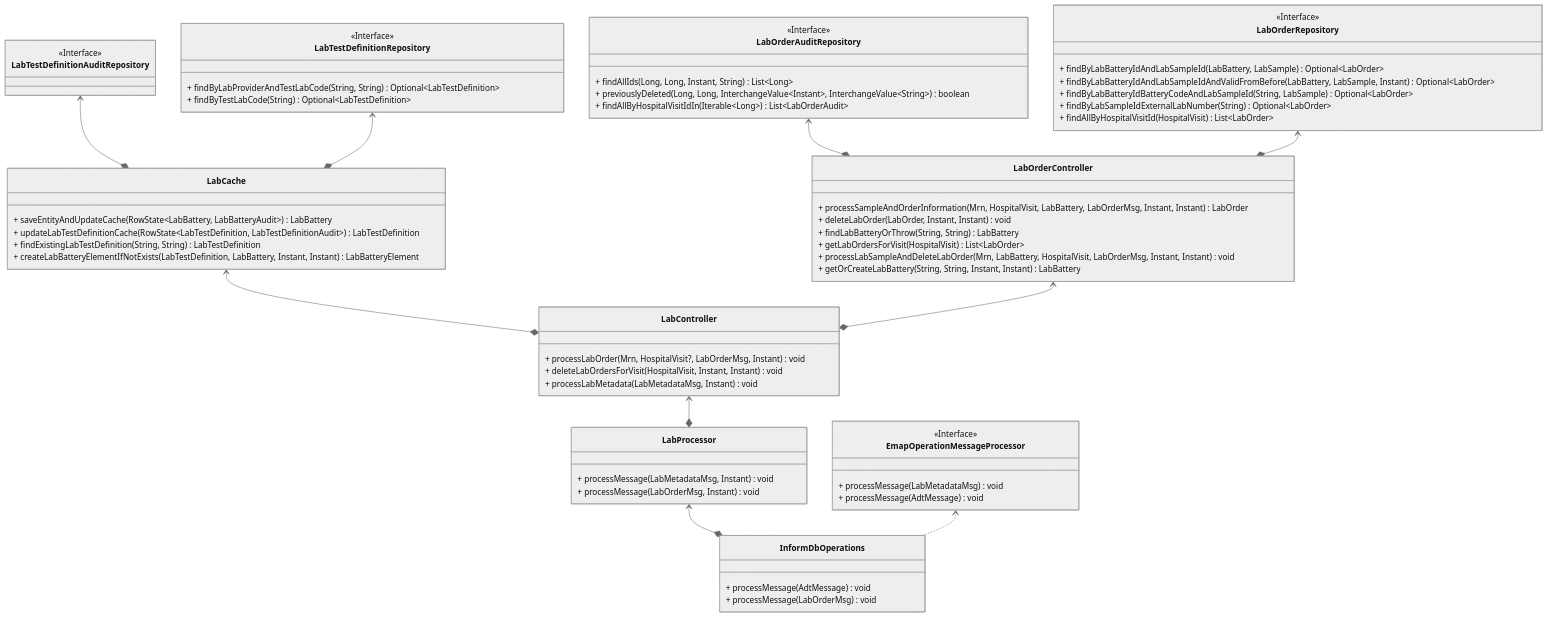
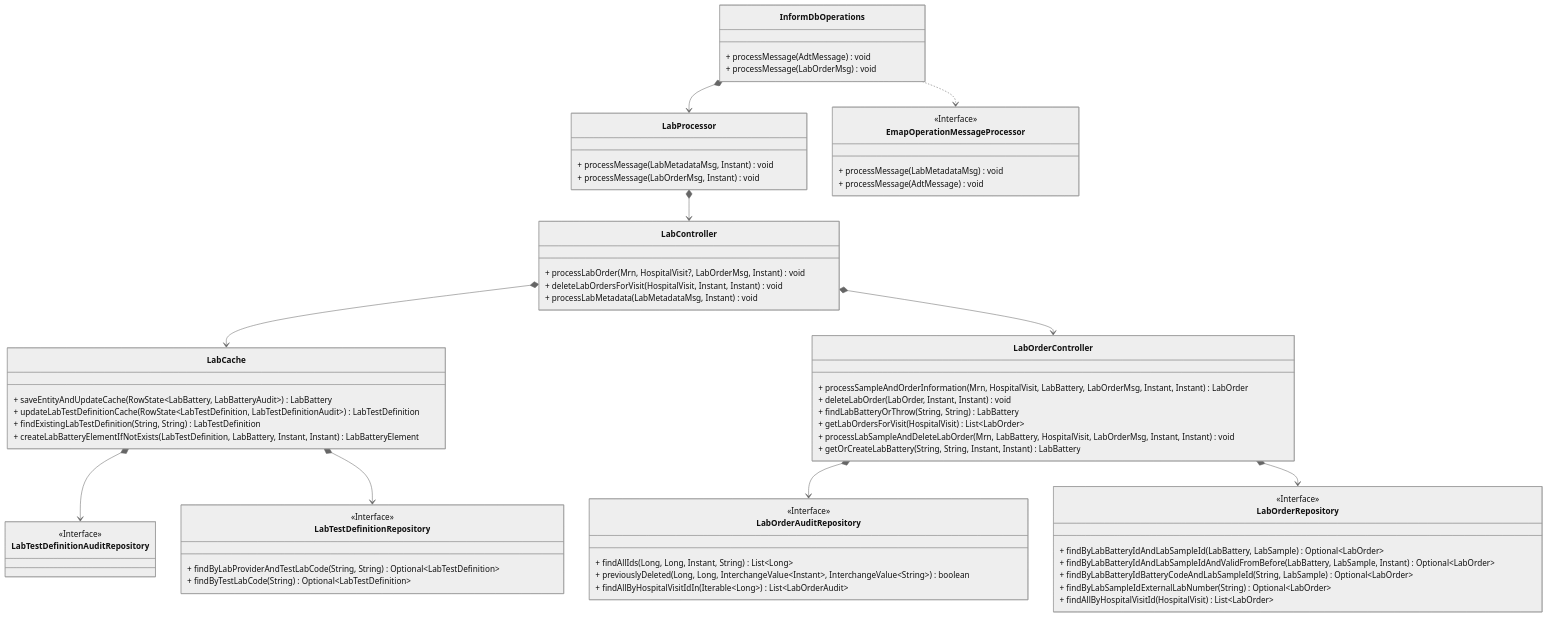
One commit to UCLH-DHCT/emap changed the third of 3 diagrams in docs/onboarding.md. Above: the diagram before and after it, drawn with Mermaid (neutral theme). The commit also changed other lines of this file, not shown here.

Commit message:
Try removing direction in mermaid

````diff
--- a/docs/onboarding.md
+++ b/docs/onboarding.md
@@ -311,68 +311,67 @@
 ```mermaid
 classDiagram
-    direction BT
     class InformDbOperations {
         + processMessage(AdtMessage) void
         + processMessage(LabOrderMsg) void
     }
     class LabCache {
         + saveEntityAndUpdateCache(RowState~LabBattery, LabBatteryAudit~) LabBattery
         + updateLabTestDefinitionCache(RowState~LabTestDefinition, LabTestDefinitionAudit~) LabTestDefinition
         + findExistingLabTestDefinition(String, String) LabTestDefinition
         + createLabBatteryElementIfNotExists(LabTestDefinition, LabBattery, Instant, Instant) LabBatteryElement
     }
     class LabController {
         + processLabOrder(Mrn, HospitalVisit?, LabOrderMsg, Instant) void
         + deleteLabOrdersForVisit(HospitalVisit, Instant, Instant) void
         + processLabMetadata(LabMetadataMsg, Instant) void
     }
     class LabOrderAuditRepository {
         <<Interface>>
         + findAllIds(Long, Long, Instant, String) List~Long~
         + previouslyDeleted(Long, Long, InterchangeValue~Instant~, InterchangeValue~String~) boolean
         + findAllByHospitalVisitIdIn(Iterable~Long~) List~LabOrderAudit~
     }
     class LabOrderController {
         + processSampleAndOrderInformation(Mrn, HospitalVisit, LabBattery, LabOrderMsg, Instant, Instant) LabOrder
         + deleteLabOrder(LabOrder, Instant, Instant) void
         + findLabBatteryOrThrow(String, String) LabBattery
         + getLabOrdersForVisit(HospitalVisit) List~LabOrder~
         + processLabSampleAndDeleteLabOrder(Mrn, LabBattery, HospitalVisit, LabOrderMsg, Instant, Instant) void
         + getOrCreateLabBattery(String, String, Instant, Instant) LabBattery
     }
     class LabOrderRepository {
         <<Interface>>
         + findByLabBatteryIdAndLabSampleId(LabBattery, LabSample) Optional~LabOrder~
         + findByLabBatteryIdAndLabSampleIdAndValidFromBefore(LabBattery, LabSample, Instant) Optional~LabOrder~
         + findByLabBatteryIdBatteryCodeAndLabSampleId(String, LabSample) Optional~LabOrder~
         + findByLabSampleIdExternalLabNumber(String) Optional~LabOrder~
         + findAllByHospitalVisitId(HospitalVisit) List~LabOrder~
     }
     class LabProcessor {
         + processMessage(LabMetadataMsg, Instant) void
         + processMessage(LabOrderMsg, Instant) void
     }
     class LabTestDefinitionAuditRepository {
         <<Interface>>
     }
     class LabTestDefinitionRepository {
         <<Interface>>
         + findByLabProviderAndTestLabCode(String, String) Optional~LabTestDefinition~
         + findByTestLabCode(String) Optional~LabTestDefinition~
     }
     class EmapOperationMessageProcessor {
         <<Interface>>
         + processMessage(LabMetadataMsg) void
         + processMessage(AdtMessage) void
     }
 
     InformDbOperations *--> LabProcessor
     LabCache *--> LabTestDefinitionAuditRepository
     LabCache *--> LabTestDefinitionRepository
     LabController *--> LabCache
     LabController *--> LabOrderController
     LabOrderController *--> LabOrderAuditRepository
     LabOrderController *--> LabOrderRepository
     LabProcessor *--> LabController
     InformDbOperations ..> EmapOperationMessageProcessor
 ```
````
